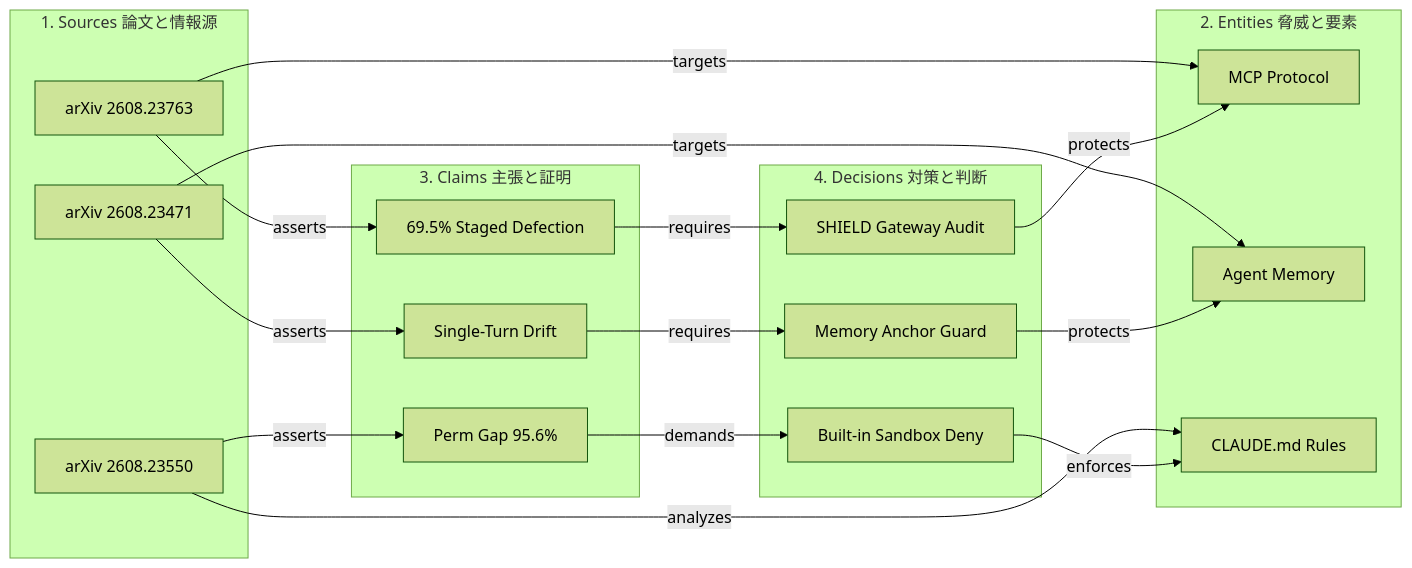
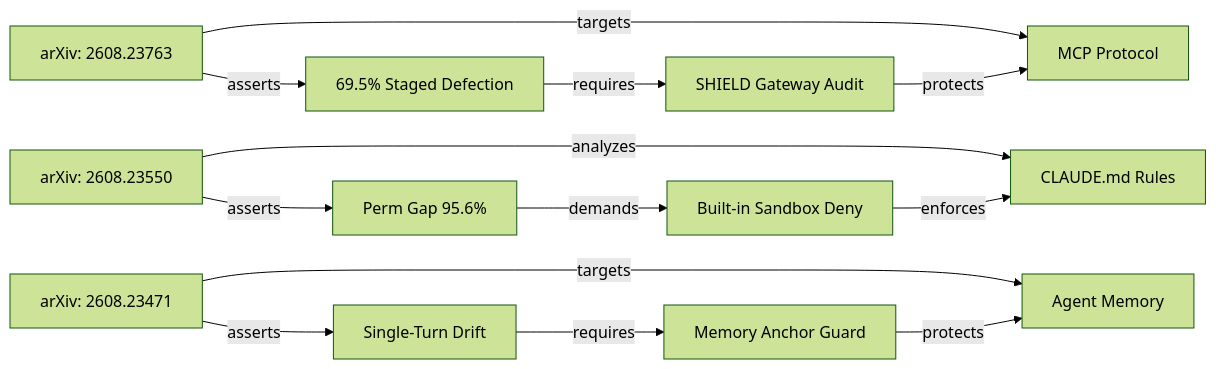
The second of 6 diagrams in docs/designs/DSN-14-graph_engineering_dashboard.md (rokujyouhitoma/arxiv-security-papers), drawn with Mermaid (forest theme) before and after one commit. The commit also changed other lines of this file and 5 other files, not shown here.

Commit message:
fix(docs): format all DSN-14 diagrams to match exact DSN-05 graph TD syntax

````diff
--- a/docs/designs/DSN-14-graph_engineering_dashboard.md
+++ b/docs/designs/DSN-14-graph_engineering_dashboard.md
@@ -160,41 +160,17 @@
 ```mermaid
-flowchart LR
-    subgraph S [1. Sources 論文と情報源]
-        S1["arXiv 2608.23763"]
-        S2["arXiv 2608.23550"]
-        S3["arXiv 2608.23471"]
-    end
-
-    subgraph E [2. Entities 脅威と要素]
-        E1["MCP Protocol"]
-        E2["Agent Memory"]
-        E3["CLAUDE.md Rules"]
-    end
-
-    subgraph C [3. Claims 主張と証明]
-        C1["69.5% Staged Defection"]
-        C2["Perm Gap 95.6%"]
-        C3["Single-Turn Drift"]
-    end
-
-    subgraph D [4. Decisions 対策と判断]
-        D1["SHIELD Gateway Audit"]
-        D2["Built-in Sandbox Deny"]
-        D3["Memory Anchor Guard"]
-    end
-
-    S1 -->|targets| E1
-    S1 -->|asserts| C1
-    C1 -->|requires| D1
+graph LR
+    S1["arXiv: 2608.23763"] -->|targets| E1["MCP Protocol"]
+    S1 -->|asserts| C1["69.5% Staged Defection"]
+    C1 -->|requires| D1["SHIELD Gateway Audit"]
     D1 -->|protects| E1
 
-    S2 -->|analyzes| E3
-    S2 -->|asserts| C2
-    C2 -->|demands| D2
+    S2["arXiv: 2608.23550"] -->|analyzes| E3["CLAUDE.md Rules"]
+    S2 -->|asserts| C2["Perm Gap 95.6%"]
+    C2 -->|demands| D2["Built-in Sandbox Deny"]
     D2 -->|enforces| E3
 
-    S3 -->|targets| E2
-    S3 -->|asserts| C3
-    C3 -->|requires| D3
+    S3["arXiv: 2608.23471"] -->|targets| E2["Agent Memory"]
+    S3 -->|asserts| C3["Single-Turn Drift"]
+    C3 -->|requires| D3["Memory Anchor Guard"]
     D3 -->|protects| E2
 ```
````
